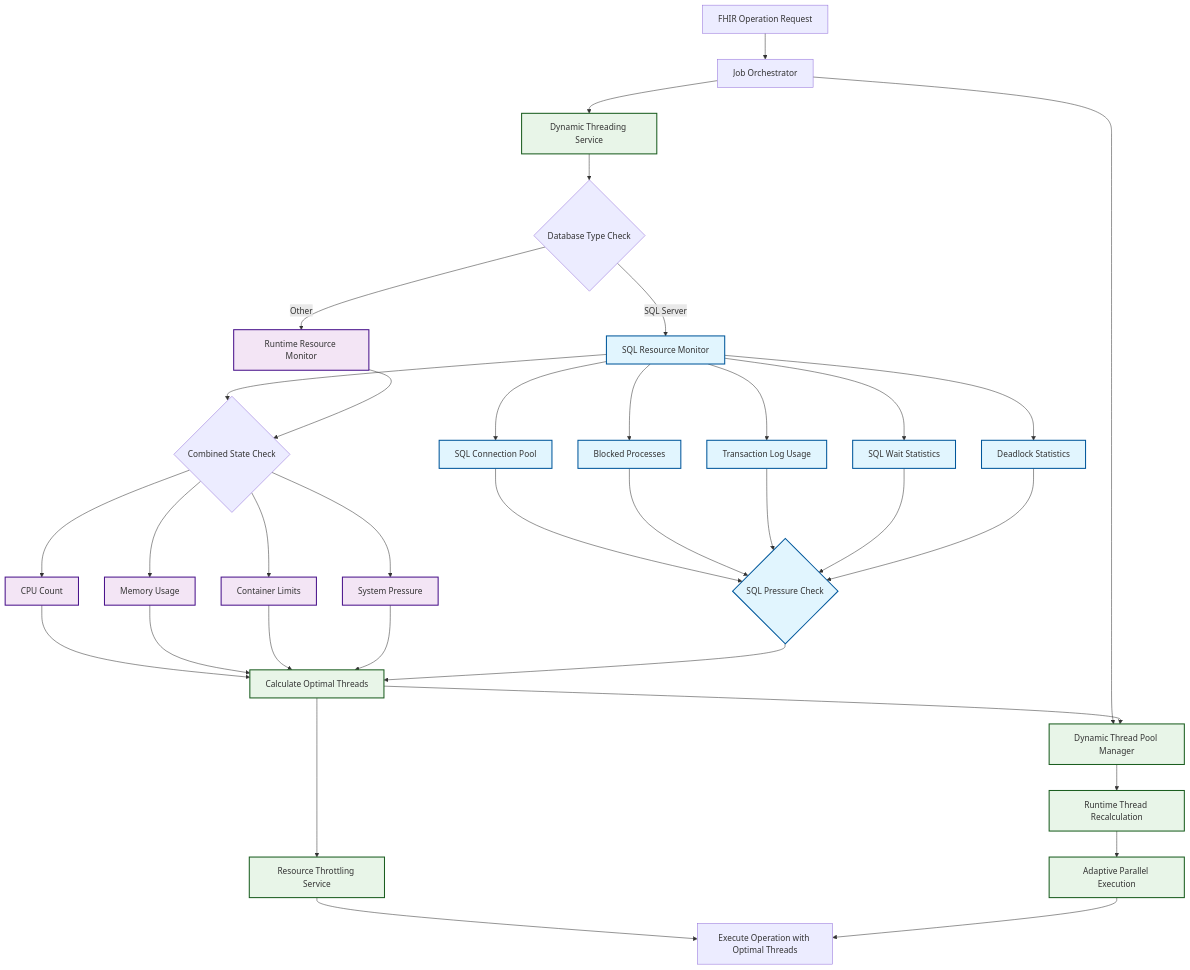
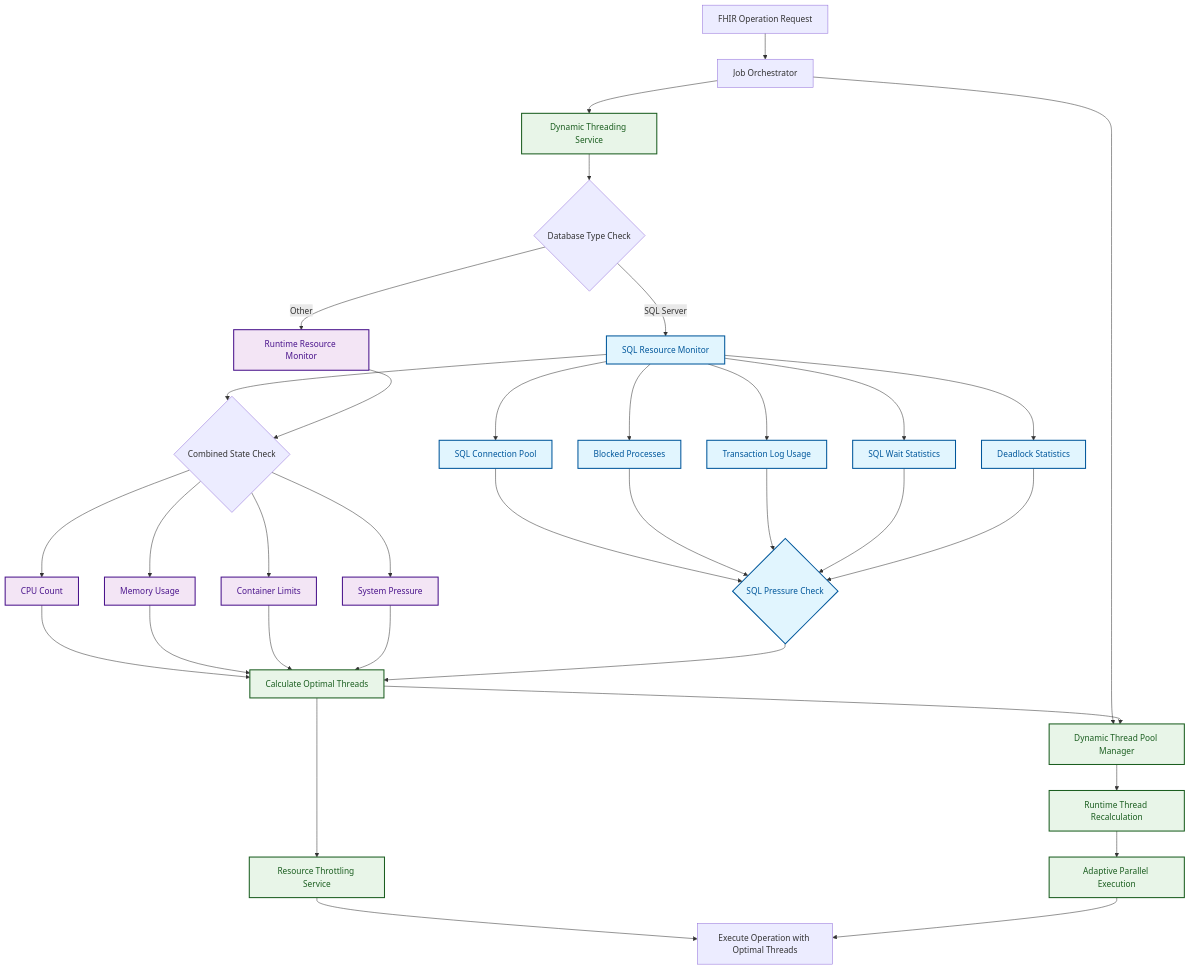
The diagram in docs/DynamicThreadingService-Design.md (microsoft/fhir-server), drawn with Mermaid before and after one commit.

````diff
--- a/docs/DynamicThreadingService-Design.md
+++ b/docs/DynamicThreadingService-Design.md
@@ -26,44 +26,44 @@
 ```mermaid
 graph TB
     A[FHIR Operation Request] --> B[Job Orchestrator]
     B --> C[Dynamic Threading Service]
     B --> M[Dynamic Thread Pool Manager]
     C --> D{Database Type Check}
     D -->|SQL Server| S[SQL Resource Monitor]
     D -->|Other| R[Runtime Resource Monitor]
     S --> E{Combined State Check}
     R --> E
     E --> F[CPU Count]
     E --> G[Memory Usage]
     E --> H[Container Limits]
     E --> I[System Pressure]
     S --> P[SQL Connection Pool]
     S --> Q[Blocked Processes]
     S --> T[Transaction Log Usage]
     S --> U[SQL Wait Statistics]
     S --> V[Deadlock Statistics]
     P --> W{SQL Pressure Check}
     Q --> W
     T --> W
     U --> W
     V --> W
     F --> J[Calculate Optimal Threads]
     G --> J
     H --> J
     I --> J
     W --> J
     J --> K[Resource Throttling Service]
     J --> M
     M --> N[Runtime Thread Recalculation]
     N --> O[Adaptive Parallel Execution]
     K --> L[Execute Operation with Optimal Threads]
     O --> L
     
-    classDef sqlMonitoring fill:#e1f5fe,stroke:#01579b,stroke-width:2px
-    classDef systemMonitoring fill:#f3e5f5,stroke:#4a148c,stroke-width:2px
-    classDef threadingLogic fill:#e8f5e8,stroke:#1b5e20,stroke-width:2px
+    classDef sqlMonitoring fill:#e1f5fe,stroke:#01579b,stroke-width:2px,color:#01579b
+    classDef systemMonitoring fill:#f3e5f5,stroke:#4a148c,stroke-width:2px,color:#4a148c
+    classDef threadingLogic fill:#e8f5e8,stroke:#1b5e20,stroke-width:2px,color:#1b5e20
     
     class S,P,Q,T,U,V,W sqlMonitoring
     class R,F,G,H,I systemMonitoring
     class C,J,K,M,N,O threadingLogic
 ```
````
